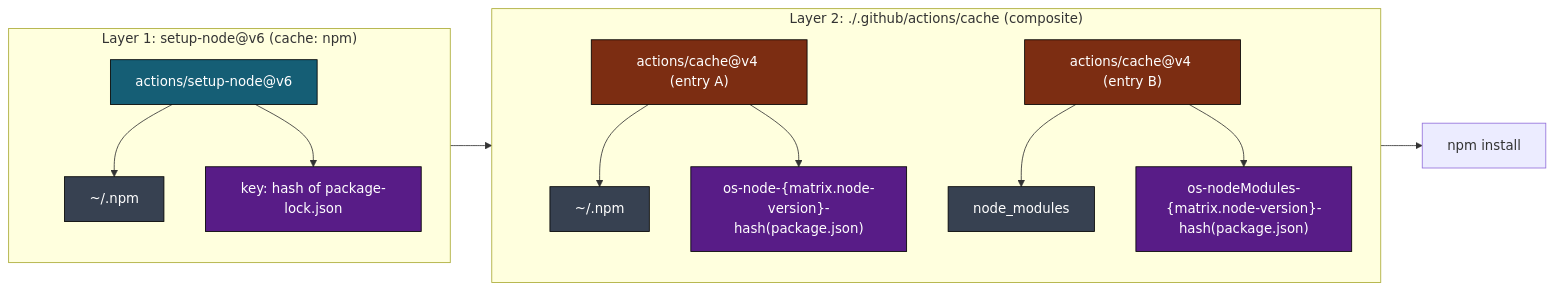
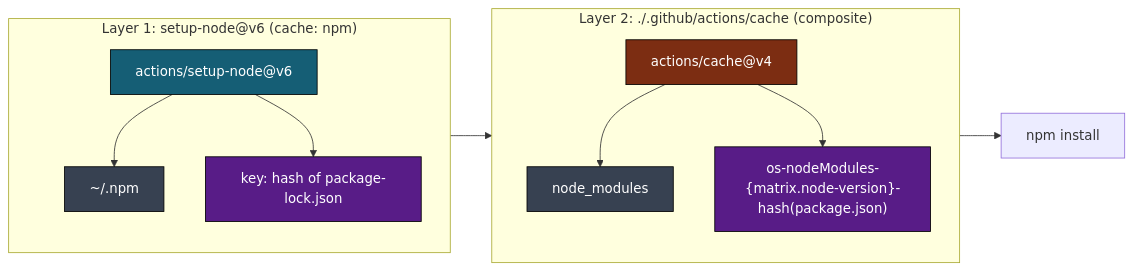
Before and after one commit to llm-exe/llm-exe: the fifth of 9 diagrams in .github/docs/TESTS_DEEP_DIVE.md, drawn with Mermaid. The commit also changed other lines of this file and 5 other files, not shown here.

Commit message:
chore: update cache action documentation to focus on node_modules and remove npm dependencies references

````diff
--- a/.github/docs/TESTS_DEEP_DIVE.md
+++ b/.github/docs/TESTS_DEEP_DIVE.md
@@ -206,31 +206,26 @@
 ```mermaid
 flowchart LR
     classDef builtin fill:#155e75,color:#fff,stroke:#000
     classDef comp fill:#7c2d12,color:#fff,stroke:#000
     classDef path fill:#374151,color:#fff,stroke:#000
     classDef key fill:#581c87,color:#fff,stroke:#000
 
     subgraph L1["Layer 1: setup-node@v6 (cache: npm)"]
         l1act["actions/setup-node@v6"]:::builtin
         l1path["~/.npm"]:::path
         l1key["key: hash of package-lock.json"]:::key
         l1act --> l1path
         l1act --> l1key
     end
 
     subgraph L2["Layer 2: ./.github/actions/cache (composite)"]
-        l2a["actions/cache@v4 (entry A)"]:::comp
-        l2b["actions/cache@v4 (entry B)"]:::comp
-        l2ap["~/.npm"]:::path
+        l2b["actions/cache@v4"]:::comp
         l2bp["node_modules"]:::path
-        l2ak["os-node-{matrix.node-version}-hash(package.json)"]:::key
         l2bk["os-nodeModules-{matrix.node-version}-hash(package.json)"]:::key
-        l2a --> l2ap
-        l2a --> l2ak
         l2b --> l2bp
         l2b --> l2bk
     end
 
     L1 --> L2
     L2 --> npmi[npm install]
 ```
````
